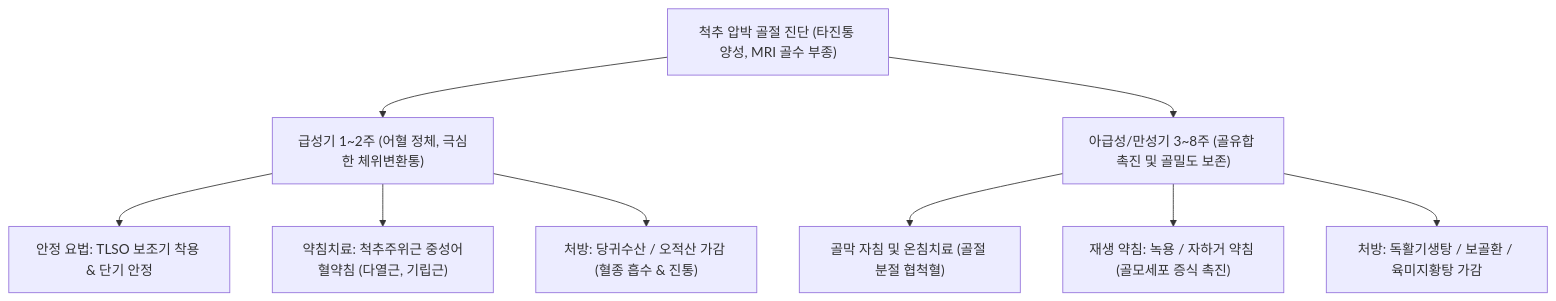
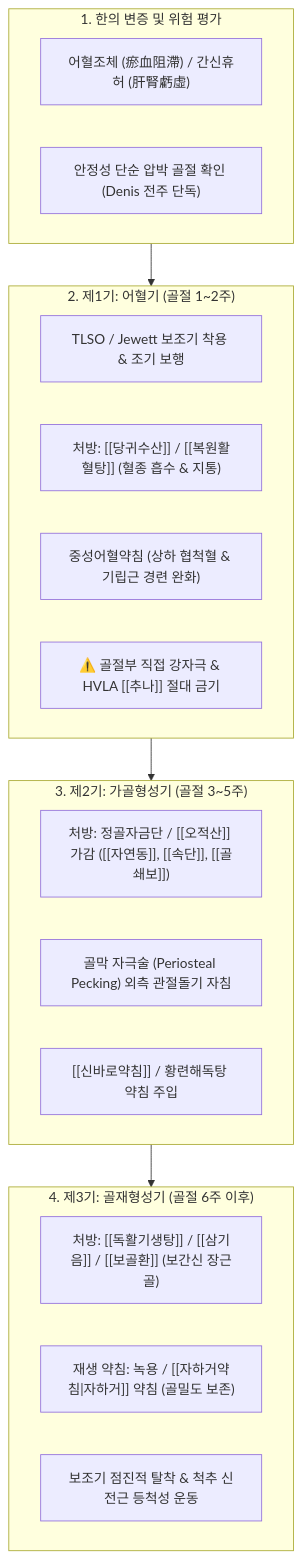
The third of 4 diagrams in content/3. 이론 공부/질환/근골격계 질환/척추/척추 압박 골절.md (simbio11/simbio-digital-garden2), drawn with Mermaid before and after one commit. The commit also changed other lines of this file and 350 other files, not shown here.

````diff
--- a/content/3. 이론 공부/질환/근골격계 질환/척추/척추 압박 골절.md
+++ b/content/3. 이론 공부/질환/근골격계 질환/척추/척추 압박 골절.md
@@ -143,13 +305,28 @@
 ```mermaid
-graph TD
-    A["척추 압박 골절 진단 (타진통 양성, MRI 골수 부종)"] --> B["급성기 1~2주 (어혈 정체, 극심한 체위변환통)"]
-    A --> C["아급성/만성기 3~8주 (골유합 촉진 및 골밀도 보존)"]
+flowchart TD
+    subgraph Diagnosis ["1. 한의 변증 및 위험 평가"]
+        D1["어혈조체 (瘀血阻滯) / 간신휴허 (肝腎虧虛)"]
+        D2["안정성 단순 압박 골절 확인 (Denis 전주 단독)"]
+    end
 
-    B --> D["안정 요법: TLSO 보조기 착용 & 단기 안정"]
-    B --> E["약침치료: 척추주위근 중성어혈약침 (다열근, 기립근)"]
-    B --> F["처방: 당귀수산 / 오적산 가감 (혈종 흡수 & 진통)"]
+    subgraph Phase1 ["2. 제1기: 어혈기 (골절 1~2주)"]
+        P1_1["TLSO / Jewett 보조기 착용 & 조기 보행"]
+        P1_2["처방: [[당귀수산]] / [[복원활혈탕]] (혈종 흡수 & 지통)"]
+        P1_3["중성어혈약침 (상하 협척혈 & 기립근 경련 완화)"]
+        P1_4["⚠️ 골절부 직접 강자극 & HVLA [[추나]] 절대 금기"]
+    end
 
-    C --> G["골막 자침 및 온침치료 (골절 분절 협척혈)"]
-    C --> H["재생 약침: 녹용 / 자하거 약침 (골모세포 증식 촉진)"]
-    C --> I["처방: 독활기생탕 / 보골환 / 육미지황탕 가감"]
+    subgraph Phase2 ["3. 제2기: 가골형성기 (골절 3~5주)"]
+        P2_1["처방: 정골자금단 / [[오적산]] 가감 ([[자연동]], [[속단]], [[골쇄보]])"]
+        P2_2["골막 자극술 (Periosteal Pecking) 외측 관절돌기 자침"]
+        P2_3["[[신바로약침]] / 황련해독탕 약침 주입"]
+    end
+
+    subgraph Phase3 ["4. 제3기: 골재형성기 (골절 6주 이후)"]
+        P3_1["처방: [[독활기생탕]] / [[삼기음]] / [[보골환]] (보간신 장근골)"]
+        P3_2["재생 약침: 녹용 / [[자하거약침|자하거]] 약침 (골밀도 보존)"]
+        P3_3["보조기 점진적 탈착 & 척추 신전근 등척성 운동"]
+    end
+
+    Diagnosis --> Phase1 --> Phase2 --> Phase3
 ```
````
